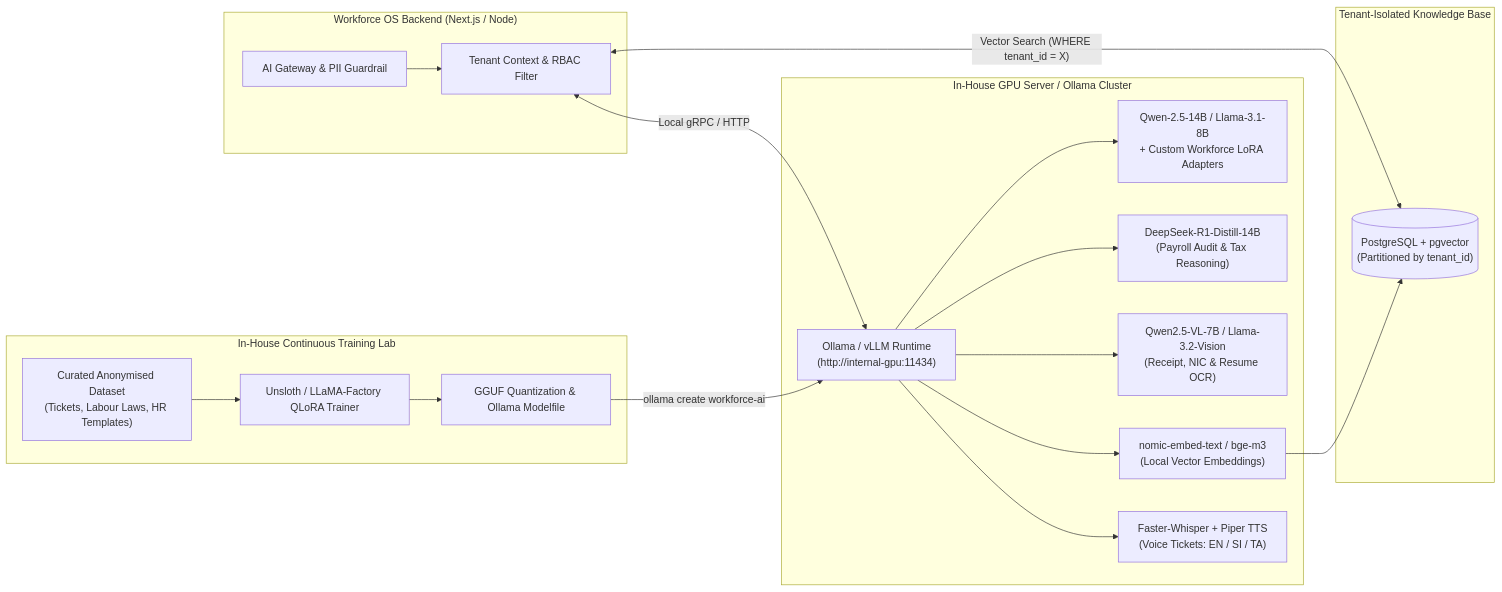
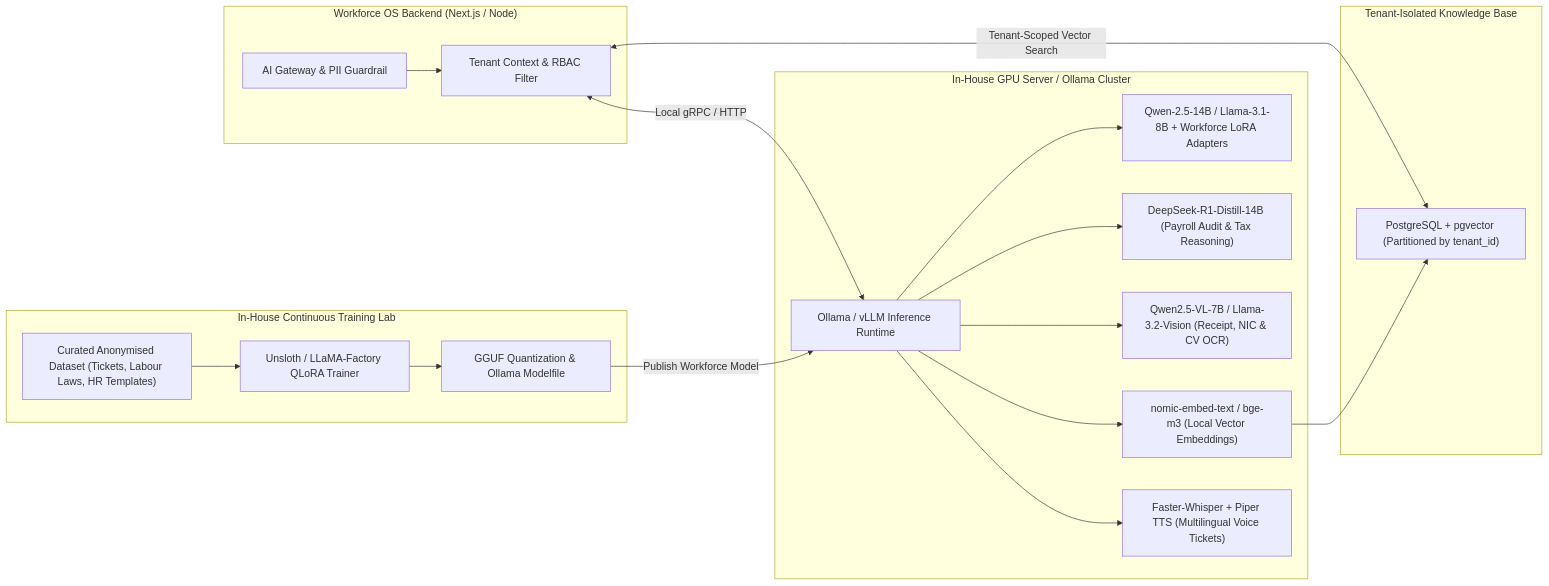
The second of 2 diagrams in README.md (CDT-Foundation/Crewlane), drawn with Mermaid before and after one commit. The commit also changed 1 other file, not shown here.

Commit message:
docs: fix mermaid diagram syntax in README and ARCHITECTURE docs

````diff
--- a/README.md
+++ b/README.md
@@ -199,37 +199,39 @@
 ```mermaid
 flowchart LR
     subgraph App["Workforce OS Backend (Next.js / Node)"]
         API["AI Gateway & PII Guardrail"]
         SANITIZE["Tenant Context & RBAC Filter"]
     end
 
     subgraph VectorDB["Tenant-Isolated Knowledge Base"]
-        PGV[("PostgreSQL + pgvector\n(Partitioned by tenant_id)")]
+        PGV["PostgreSQL + pgvector (Partitioned by tenant_id)"]
     end
 
     subgraph LocalGPU["In-House GPU Server / Ollama Cluster"]
-        OLLAMA["Ollama / vLLM Runtime\n(http://internal-gpu:11434)"]
-        LLM["Qwen-2.5-14B / Llama-3.1-8B\n+ Custom Workforce LoRA Adapters"]
-        REASON["DeepSeek-R1-Distill-14B\n(Payroll Audit & Tax Reasoning)"]
-        VLM["Qwen2.5-VL-7B / Llama-3.2-Vision\n(Receipt, NIC & Resume OCR)"]
-        EMB["nomic-embed-text / bge-m3\n(Local Vector Embeddings)"]
-        STT["Faster-Whisper + Piper TTS\n(Voice Tickets: EN / SI / TA)"]
+        OLLAMA["Ollama / vLLM Inference Runtime"]
+        LLM["Qwen-2.5-14B / Llama-3.1-8B + Workforce LoRA Adapters"]
+        REASON["DeepSeek-R1-Distill-14B (Payroll Audit & Tax Reasoning)"]
+        VLM["Qwen2.5-VL-7B / Llama-3.2-Vision (Receipt, NIC & CV OCR)"]
+        EMB["nomic-embed-text / bge-m3 (Local Vector Embeddings)"]
+        STT["Faster-Whisper + Piper TTS (Multilingual Voice Tickets)"]
     end
 
     subgraph Training["In-House Continuous Training Lab"]
-        DATA["Curated Anonymised Dataset\n(Tickets, Labour Laws, HR Templates)"]
+        DATA["Curated Anonymised Dataset (Tickets, Labour Laws, HR Templates)"]
         UNSLOTH["Unsloth / LLaMA-Factory QLoRA Trainer"]
         GGUF["GGUF Quantization & Ollama Modelfile"]
     end
 
     API --> SANITIZE
-    SANITIZE <-->|"Vector Search (WHERE tenant_id = X)"| PGV
+    SANITIZE <-->|"Tenant-Scoped Vector Search"| PGV
     SANITIZE <-->|"Local gRPC / HTTP"| OLLAMA
     OLLAMA --> LLM
     OLLAMA --> REASON
     OLLAMA --> VLM
     OLLAMA --> EMB
     OLLAMA --> STT
     EMB --> PGV
-    DATA --> UNSLOTH --> GGUF -->|"ollama create workforce-ai"| OLLAMA
+    DATA --> UNSLOTH
+    UNSLOTH --> GGUF
+    GGUF -->|"Publish Workforce Model"| OLLAMA
 ```
````
